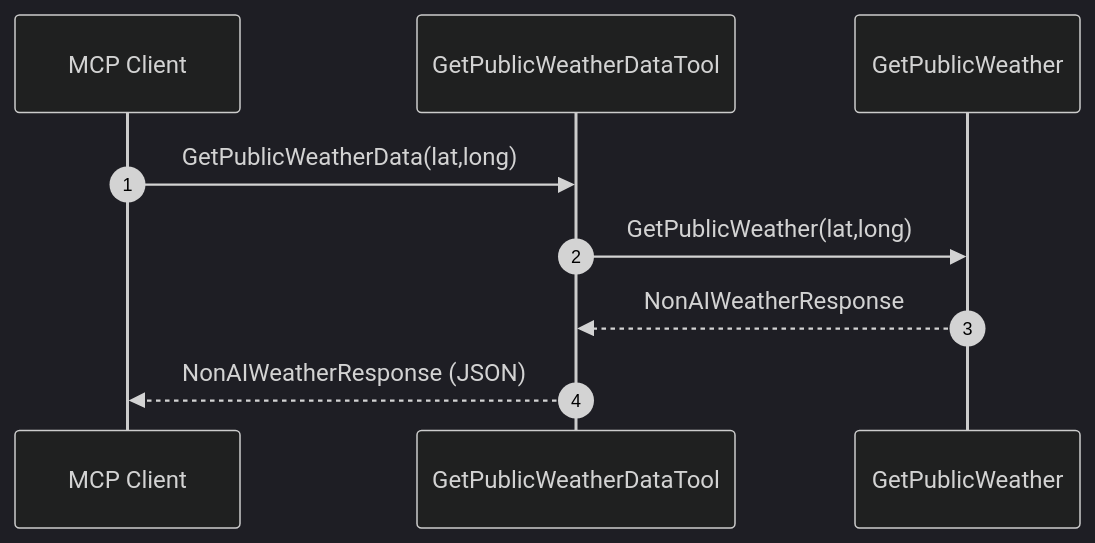
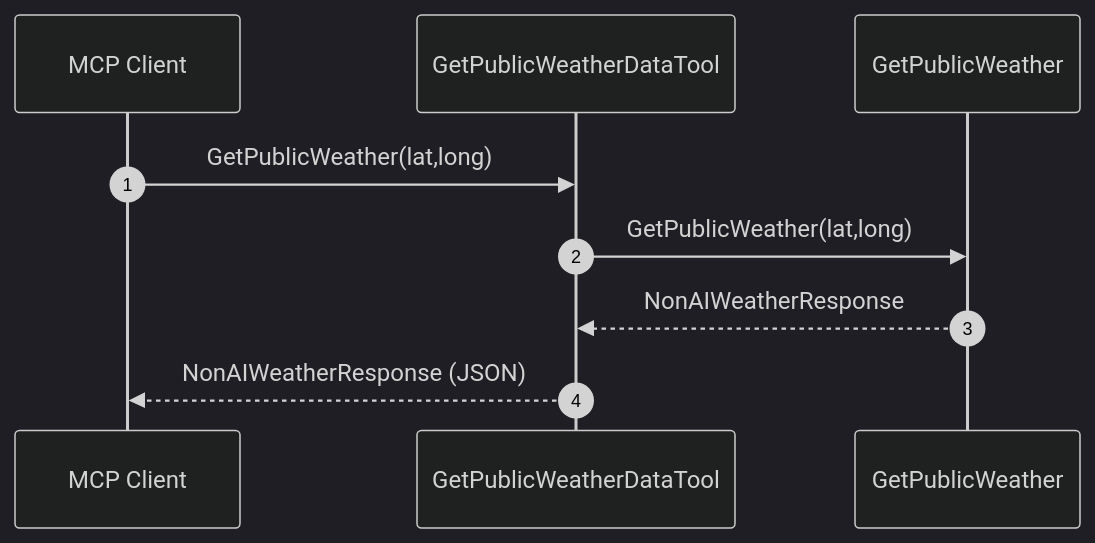
One commit to dustinkorzaan/weather-1116 changed the third of 4 diagrams in docs/3-foundry-mcp/agents-models-mcp.md. Above: the diagram before and after it, drawn with Mermaid (dark theme). The commit also changed other lines of this file, not shown here.

Commit message:
Shorten diagram labels from GetPublicWeatherData to GetPublicWeather

````diff
--- a/docs/3-foundry-mcp/agents-models-mcp.md
+++ b/docs/3-foundry-mcp/agents-models-mcp.md
@@ -90,12 +90,12 @@
   ```mermaid
   sequenceDiagram
       autonumber
       participant Client as MCP Client
       participant Tool as GetPublicWeatherDataTool
       participant GetPublicWeather
 
-      Client->>Tool: GetPublicWeatherData(lat,long)
+      Client->>Tool: GetPublicWeather(lat,long)
       Tool->>GetPublicWeather: GetPublicWeather(lat,long)
       GetPublicWeather-->>Tool: NonAIWeatherResponse
       Tool-->>Client: NonAIWeatherResponse (JSON)
   ```
````
